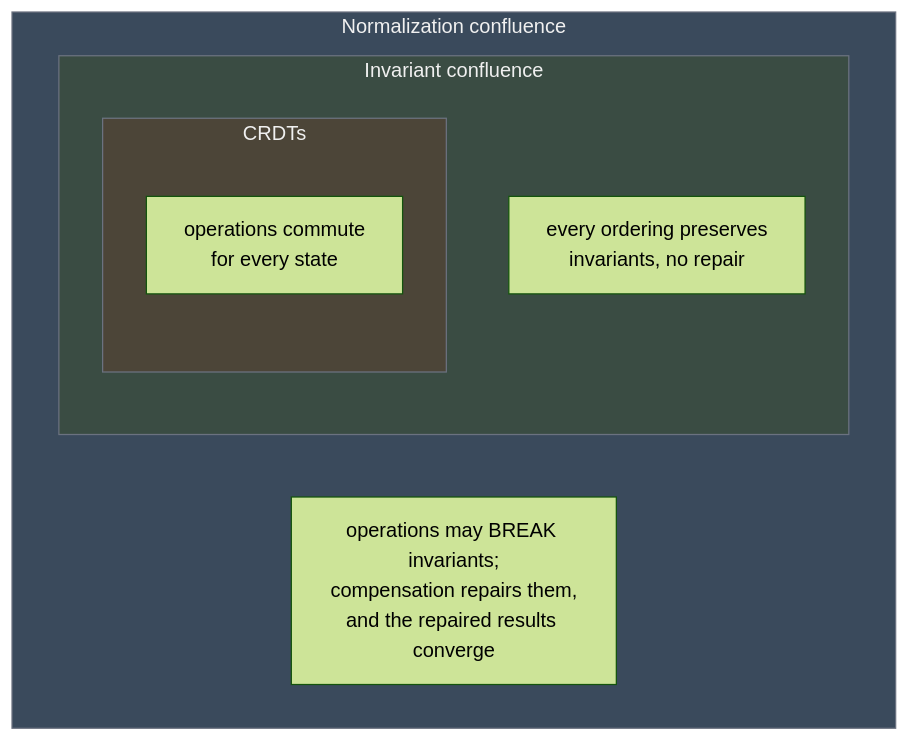
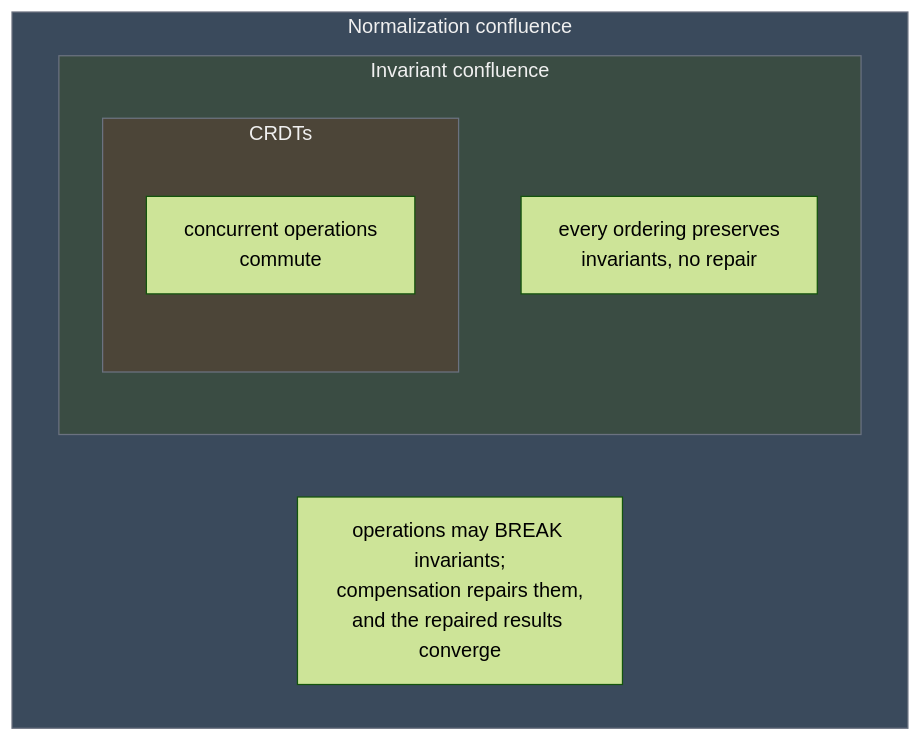
The first of 3 diagrams in content/posts/provable-determinism-agent-state.md (blackwell-systems/blog), drawn with Mermaid (forest theme) before and after one commit. The commit also changed other lines of this file, not shown here.

```diff
--- a/content/posts/provable-determinism-agent-state.md
+++ b/content/posts/provable-determinism-agent-state.md
@@ -28,17 +28,17 @@
 {{< mermaid >}}
 flowchart LR
     subgraph nc["Normalization confluence"]
         direction LR
         subgraph ic["Invariant confluence"]
             subgraph crdt["CRDTs"]
-                c1["operations commute<br/>for every state"]
+                c1["concurrent operations<br/>commute"]
             end
             i1["every ordering preserves<br/>invariants, no repair"]
         end
         n1["operations may BREAK invariants;<br/>compensation repairs them,<br/>and the repaired results converge"]
     end
 
     style nc fill:#3A4A5C,stroke:#6b7280,color:#f0f0f0
     style ic fill:#3A4C43,stroke:#6b7280,color:#f0f0f0
     style crdt fill:#4C4538,stroke:#6b7280,color:#f0f0f0
 {{< /mermaid >}}
```
